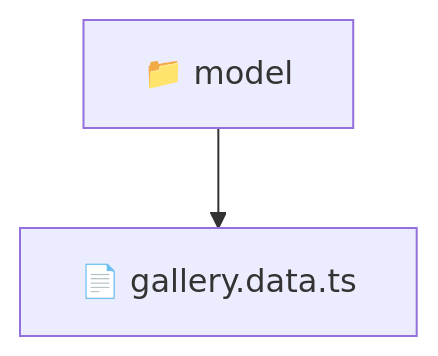
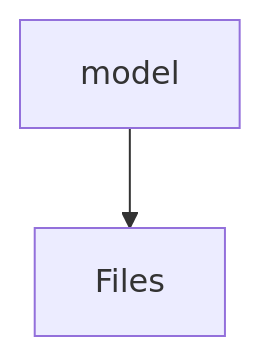
Before and after one commit to beginwebdev2002/fullstack-mavluda: the diagram in frontend/src/features/gallery/model/README.md, drawn with Mermaid. The commit also changed other lines of this file and 163 other files, not shown here.

First line of the commit message:
feat: autogenerate localized directory readmes for architectural transparency

````diff
--- a/frontend/src/features/gallery/model/README.md
+++ b/frontend/src/features/gallery/model/README.md
@@ -11,5 +12,4 @@
 ```mermaid
 graph TD
-  Root["📁 model"]
-  Root --> gallery_data_ts["📄 gallery.data.ts"]
+    model[model] --> Files
 ```
````
